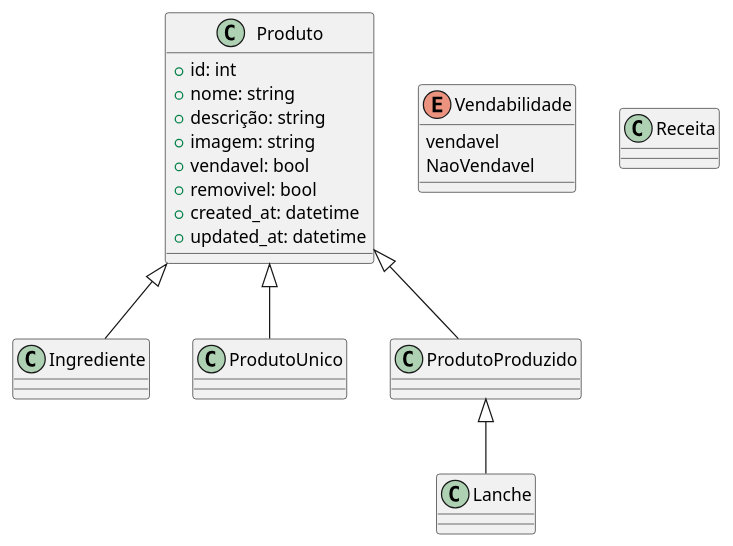
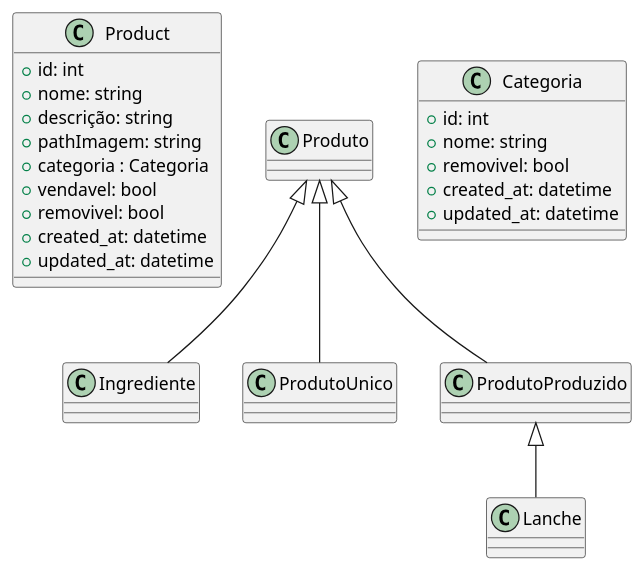
One commit to rochafernando/QuickBite changed the first of 2 diagrams in docs/src/drafts/ProductDefinition.puml. Above: the diagram before and after it, drawn with PlantUML. The commit also changed other lines of this file and 1 other file, not shown here.

Commit message:
Ajustes de Diagramas

```diff
--- a/docs/src/drafts/ProductDefinition.puml
+++ b/docs/src/drafts/ProductDefinition.puml
@@ -1,31 +1,35 @@
 @startuml Product Management
 
-class Produto {
-    +id: int
-    +nome: string
-    +descrição: string
-    +imagem: string
-    +vendavel: bool
-    +removivel: bool
-    +created_at: datetime
-    +updated_at: datetime
+class Product {
+    + id: int
+    + nome: string
+    + descrição: string
+    + pathImagem: string
+    + categoria : Categoria
+    + vendavel: bool
+    + removivel: bool
+    + created_at: datetime
+    + updated_at: datetime
 }
 
-enum Vendabilidade {
-    vendavel
-    NaoVendavel
-
-}
 
 class Ingrediente extends Produto {}
 
 class ProdutoUnico extends Produto {}
 
 class ProdutoProduzido extends Produto {}
 
 class Lanche extends ProdutoProduzido {}
 
-class Receita {}
+class Categoria {
+    + id: int
+    + nome: string
+    + removivel: bool
+    + created_at: datetime
+    + updated_at: datetime
+
+}
+
 
 
 @enduml
```
